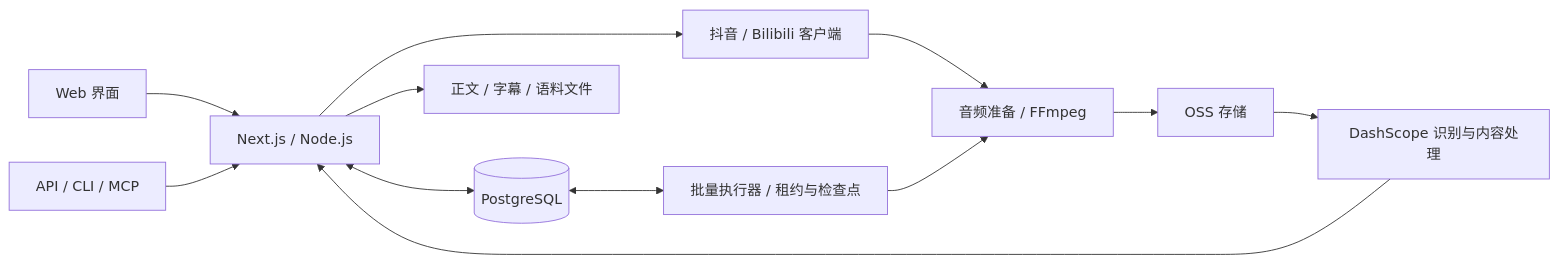
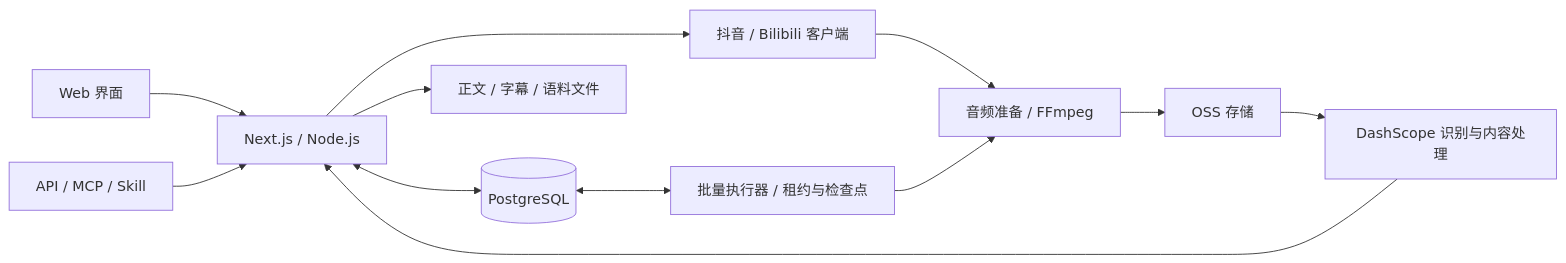
One commit to zhanpoint/EchoLens changed the diagram in README.md. Above: the diagram before and after it, drawn with Mermaid. The commit also changed other lines of this file and 54 other files, not shown here.

````diff
--- a/README.md
+++ b/README.md
@@ -180,14 +179,14 @@
 ```mermaid
 flowchart LR
     Web[Web 界面] --> App[Next.js / Node.js]
-    Tools[API / CLI / MCP] --> App
+    Tools[API / MCP / Skill] --> App
     App --> Media[抖音 / Bilibili 客户端]
     Media --> Audio[音频准备 / FFmpeg]
     Audio --> OSS[OSS 存储]
     OSS --> AI[DashScope 识别与内容处理]
     AI --> App
     App <--> DB[(PostgreSQL)]
     DB <--> Worker[批量执行器 / 租约与检查点]
     Worker --> Audio
     App --> Output[正文 / 字幕 / 语料文件]
 ```
````
